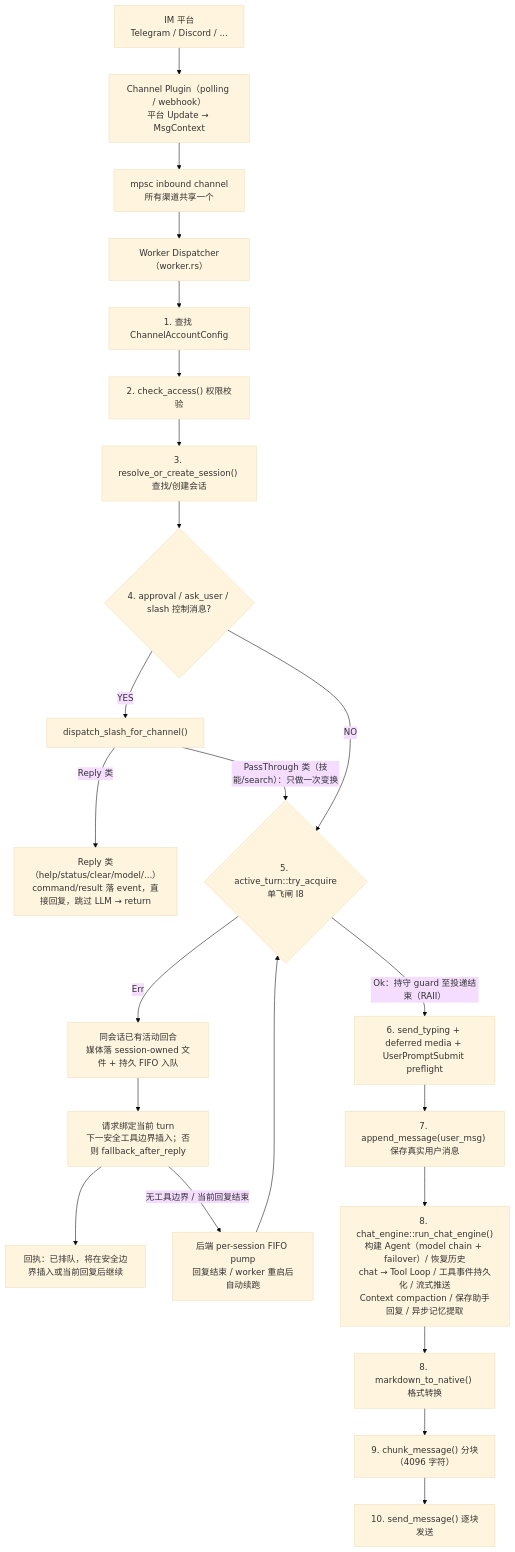
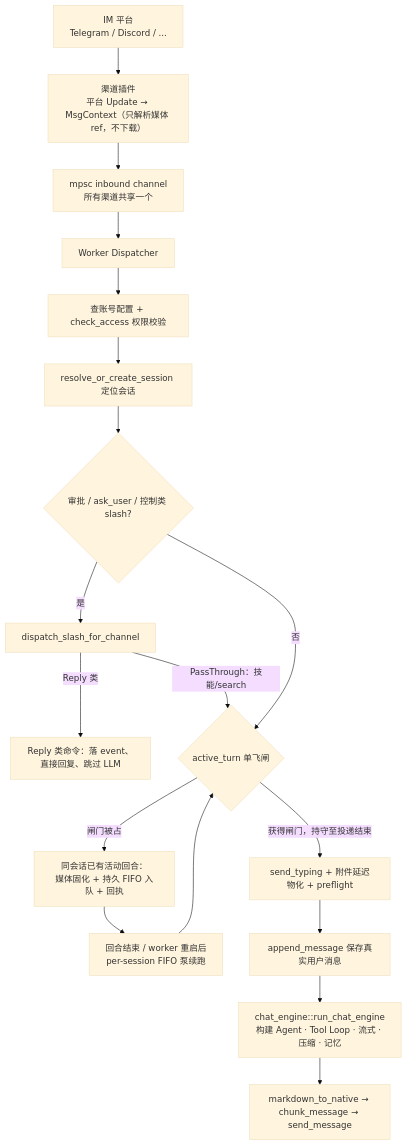
Before and after one commit to shiwenwen/hope-agent: the second of 10 diagrams in docs/architecture/im-channel.md, drawn with Mermaid (base theme). The commit also changed other lines of this file and 1 other file, not shown here.

First line of the commit message:
🦭docs: 巨无霸 tool-system / im-channel 按新标准重做

````diff
--- a/docs/architecture/im-channel.md
+++ b/docs/architecture/im-channel.md
@@ -375,34 +340,27 @@
 ```mermaid
 flowchart TD
     IM["IM 平台<br/>Telegram / Discord / ..."]
-    PLUG["Channel Plugin（polling / webhook）<br/>平台 Update → MsgContext"]
+    PLUG["渠道插件<br/>平台 Update → MsgContext（只解析媒体 ref，不下载）"]
     MPSC["mpsc inbound channel<br/>所有渠道共享一个"]
-    WORKER["Worker Dispatcher（worker.rs）"]
-    S1["1. 查找 ChannelAccountConfig"]
-    S2["2. check_access() 权限校验"]
-    S3["3. resolve_or_create_session() 查找/创建会话"]
-    D5{"4. approval / ask_user / slash 控制消息?"}
-    SLASH["dispatch_slash_for_channel()"]
-    REPLY["Reply 类（help/status/clear/model/...）<br/>command/result 落 event，直接回复，跳过 LLM → return"]
-    D5c{"5. active_turn::try_acquire<br/>单飞闸 I8"}
-    BUSY["同会话已有活动回合<br/>媒体落 session-owned 文件 + 持久 FIFO 入队"]
-    INSERT["请求绑定当前 turn<br/>下一安全工具边界插入；否则 fallback_after_reply"]
-    ACK["回执：已排队，将在安全边界插入或当前回复后继续"]
-    PUMP["后端 per-session FIFO pump<br/>回复结束 / worker 重启后自动续跑"]
-    S4["6. send_typing + deferred media + UserPromptSubmit preflight"]
-    S5b["7. append_message(user_msg) 保存真实用户消息"]
-    ENGINE["8. chat_engine::run_chat_engine()<br/>构建 Agent（model chain + failover）/ 恢复历史<br/>chat → Tool Loop / 工具事件持久化 / 流式推送<br/>Context compaction / 保存助手回复 / 异步记忆提取"]
-    S8["8. markdown_to_native() 格式转换"]
-    S9["9. chunk_message() 分块（4096 字符）"]
-    S10["10. send_message() 逐块发送"]
+    WORKER["Worker Dispatcher"]
+    S1["查账号配置 + check_access 权限校验"]
+    S2["resolve_or_create_session 定位会话"]
+    D5{"审批 / ask_user / 控制类 slash?"}
+    SLASH["dispatch_slash_for_channel"]
+    REPLY["Reply 类命令：落 event、直接回复、跳过 LLM"]
+    GATE{"active_turn 单飞闸"}
+    BUSY["同会话已有活动回合：<br/>媒体固化 + 持久 FIFO 入队 + 回执"]
+    PUMP["回合结束 / worker 重启后<br/>per-session FIFO 泵续跑"]
+    PRE["send_typing + 附件延迟物化 + preflight"]
+    SAVE["append_message 保存真实用户消息"]
+    ENGINE["chat_engine::run_chat_engine<br/>构建 Agent · Tool Loop · 流式 · 压缩 · 记忆"]
+    OUT["markdown_to_native → chunk_message → send_message"]
 
-    IM --> PLUG --> MPSC --> WORKER --> S1 --> S2 --> S3 --> D5
-    D5 -->|"YES"| SLASH
-    SLASH -->|"Reply 类"| REPLY
-    SLASH -->|"PassThrough 类（技能/search）：只做一次变换"| D5c
-    D5 -->|"NO"| D5c
-    D5c -->|"Err"| BUSY --> INSERT --> ACK
-    INSERT -->|"无工具边界 / 当前回复结束"| PUMP --> D5c
-    D5c -->|"Ok：持守 guard 至投递结束（RAII）"| S4 --> S5b --> ENGINE
-    ENGINE --> S8 --> S9 --> S10
+    IM --> PLUG --> MPSC --> WORKER --> S1 --> S2 --> D5
+    D5 -->|是| SLASH
+    SLASH -->|Reply 类| REPLY
+    SLASH -->|PassThrough：技能/search| GATE
+    D5 -->|否| GATE
+    GATE -->|闸门被占| BUSY --> PUMP --> GATE
+    GATE -->|获得闸门，持守至投递结束| PRE --> SAVE --> ENGINE --> OUT
 ```
````
